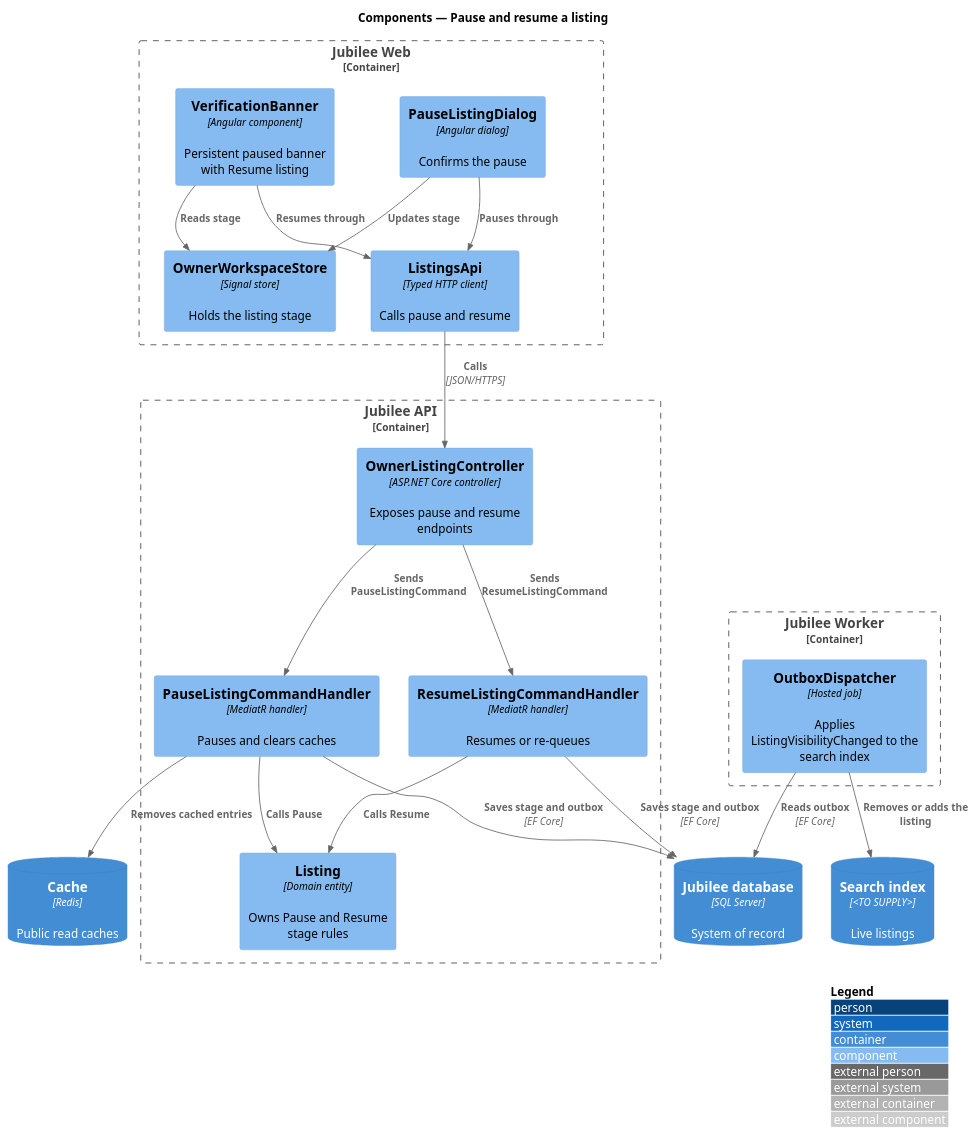
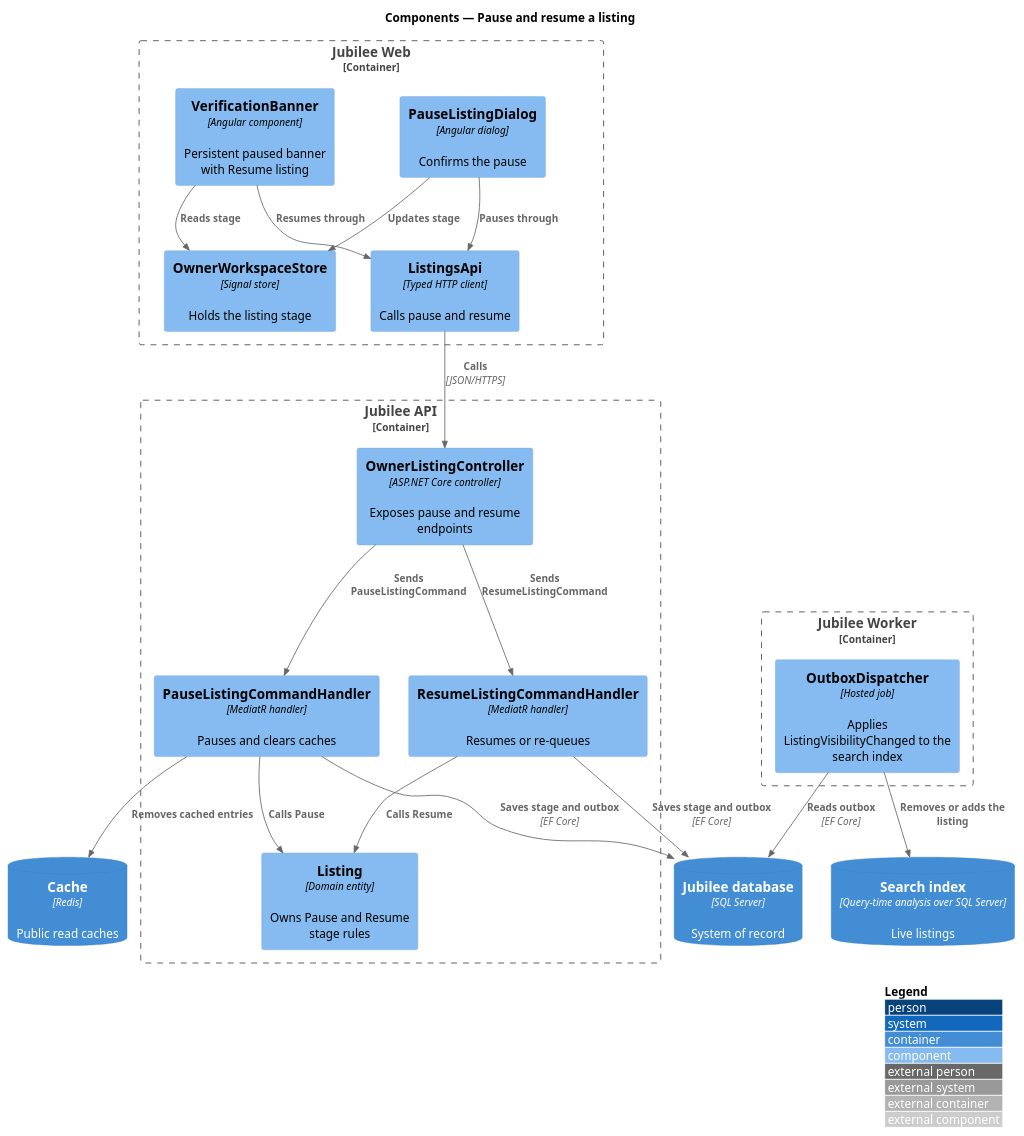
Before and after one commit to QuinntyneBrown/jubilee: the diagram in docs/detailed-designs/owner-workspace/pause-listing/diagrams/c4-component.puml, drawn with PlantUML. The commit also changed 34 other files, not shown here.

First line of the commit message:
Search: the index over the database is the final design, with no indexing job (ADR 0011, L2-029 AC7)

```diff
--- a/docs/detailed-designs/owner-workspace/pause-listing/diagrams/c4-component.puml
+++ b/docs/detailed-designs/owner-workspace/pause-listing/diagrams/c4-component.puml
@@ -1,39 +1,39 @@
 @startuml
 !include <C4/C4_Component>
 LAYOUT_WITH_LEGEND()
 title Components — Pause and resume a listing
 
 Container_Boundary(web, "Jubilee Web") {
   Component(dialog, "PauseListingDialog", "Angular dialog", "Confirms the pause")
   Component(banner, "VerificationBanner", "Angular component", "Persistent paused banner with Resume listing")
   Component(store, "OwnerWorkspaceStore", "Signal store", "Holds the listing stage")
   Component(client, "ListingsApi", "Typed HTTP client", "Calls pause and resume")
 }
 Container_Boundary(api, "Jubilee API") {
   Component(ctrl, "OwnerListingController", "ASP.NET Core controller", "Exposes pause and resume endpoints")
   Component(pause, "PauseListingCommandHandler", "MediatR handler", "Pauses and clears caches")
   Component(resume, "ResumeListingCommandHandler", "MediatR handler", "Resumes or re-queues")
   Component(listing, "Listing", "Domain entity", "Owns Pause and Resume stage rules")
 }
 Container_Boundary(worker, "Jubilee Worker") {
   Component(outbox, "OutboxDispatcher", "Hosted job", "Applies ListingVisibilityChanged to the search index")
 }
 ContainerDb(db, "Jubilee database", "SQL Server", "System of record")
 ContainerDb(cache, "Cache", "Redis", "Public read caches")
-ContainerDb(search, "Search index", "<TO SUPPLY>", "Live listings")
+ContainerDb(search, "Search index", "Query-time analysis over SQL Server", "Live listings")
 
 Rel(dialog, client, "Pauses through")
 Rel(banner, client, "Resumes through")
 Rel(dialog, store, "Updates stage")
 Rel(banner, store, "Reads stage")
 Rel(client, ctrl, "Calls", "JSON/HTTPS")
 Rel(ctrl, pause, "Sends PauseListingCommand")
 Rel(ctrl, resume, "Sends ResumeListingCommand")
 Rel(pause, listing, "Calls Pause")
 Rel(resume, listing, "Calls Resume")
 Rel(pause, db, "Saves stage and outbox", "EF Core")
 Rel(resume, db, "Saves stage and outbox", "EF Core")
 Rel(pause, cache, "Removes cached entries")
 Rel(outbox, db, "Reads outbox", "EF Core")
 Rel(outbox, search, "Removes or adds the listing")
 @enduml
```
